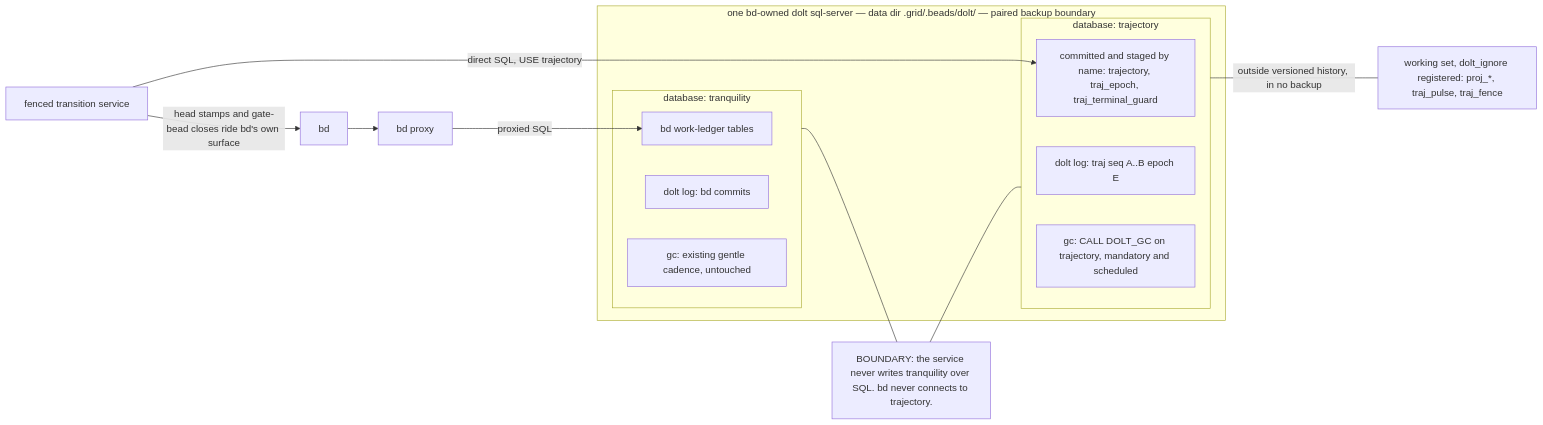
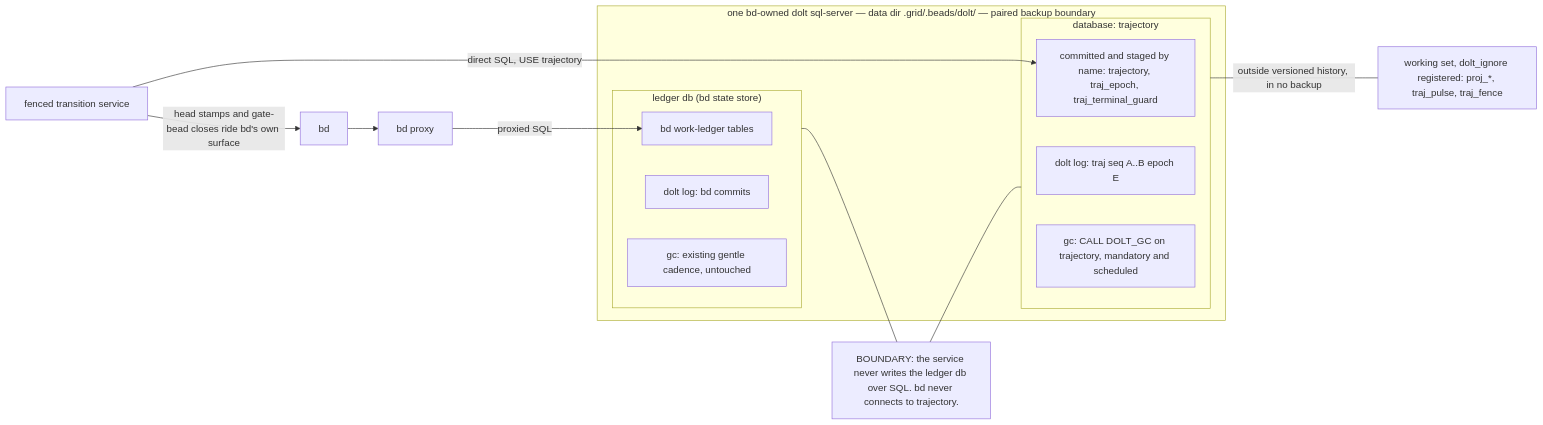
One commit to memento-engineering/the_grid changed the diagram in docs/design/trajectory/storage-call.md. Above: the diagram before and after it, drawn with Mermaid. The commit also changed other lines of this file and 3 other files, not shown here.

First line of the commit message:
docs(trajectory): 13 verified mermaid diagrams + station-agnostic sweep

````diff
--- a/docs/design/trajectory/storage-call.md
+++ b/docs/design/trajectory/storage-call.md
@@ -14,31 +14,31 @@
 ```mermaid
 flowchart LR
     bd["bd"]
     proxy["bd proxy"]
     svc["fenced transition service"]
 
     subgraph DIR["one bd-owned dolt sql-server — data dir .grid/.beads/dolt/ — paired backup boundary"]
-        subgraph TQ["database: tranquility"]
+        subgraph TQ["ledger db (bd state store)"]
             tqt["bd work-ledger tables"]
             tql["dolt log: bd commits"]
             tqg["gc: existing gentle cadence, untouched"]
         end
         subgraph TJ["database: trajectory"]
             tjt["committed and staged by name: trajectory, traj_epoch, traj_terminal_guard"]
             tjl["dolt log: traj seq A..B epoch E"]
             tjg["gc: CALL DOLT_GC on trajectory, mandatory and scheduled"]
         end
     end
 
     ws["working set, dolt_ignore registered: proj_*, traj_pulse, traj_fence"]
 
-    bound["BOUNDARY: the service never writes tranquility over SQL. bd never connects to trajectory."]
+    bound["BOUNDARY: the service never writes the ledger db over SQL. bd never connects to trajectory."]
 
     bd --> proxy
     proxy -->|"proxied SQL"| tqt
     svc -->|"direct SQL, USE trajectory"| tjt
     svc -->|"head stamps and gate-bead closes ride bd's own surface"| bd
     TJ ---|"outside versioned history, in no backup"| ws
     TQ --- bound
     bound --- TJ
 ```
````
